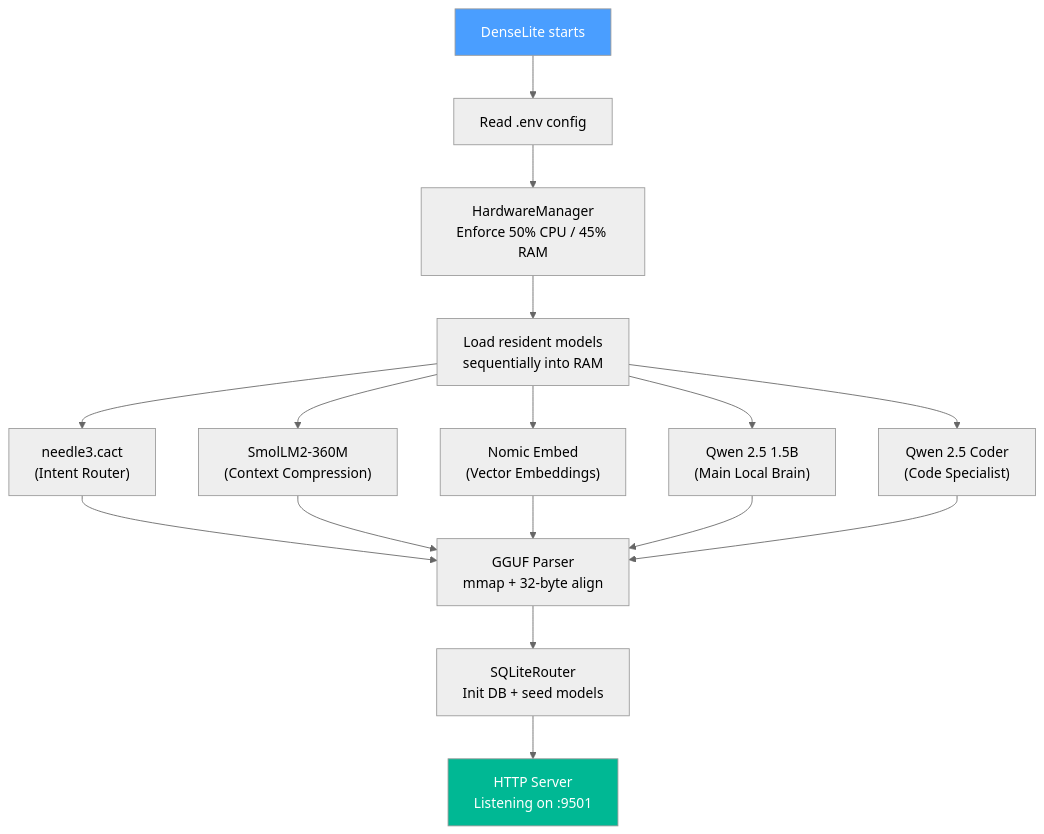
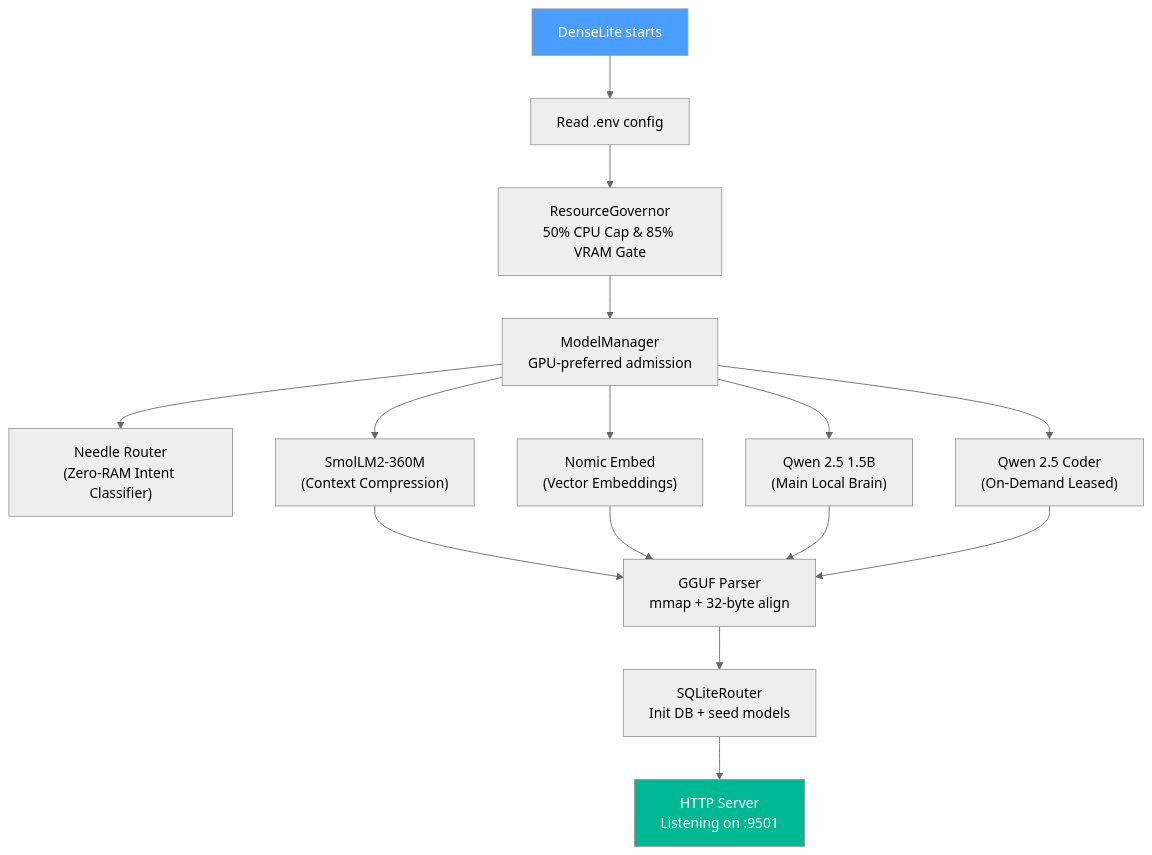
One commit to ahtesham-clcbws/DenseLite changed the third of 4 diagrams in README.md. Above: the diagram before and after it, drawn with Mermaid (neutral theme). The commit also changed other lines of this file and 16 other files, not shown here.

````diff
--- a/README.md
+++ b/README.md
@@ -151,24 +156,23 @@
 ```mermaid
 flowchart TD
     A["DenseLite starts"] --> B["Read .env config"]
-    B --> C["HardwareManager<br/>Enforce 50% CPU / 45% RAM"]
-    C --> D["Load resident models<br/>sequentially into RAM"]
+    B --> C["ResourceGovernor<br/>50% CPU Cap & 85% VRAM Gate"]
+    C --> D["ModelManager<br/>GPU-preferred admission"]
 
-    D --> E["needle3.cact<br/>(Intent Router)"]
+    D --> E["Needle Router<br/>(Zero-RAM Intent Classifier)"]
     D --> F["SmolLM2-360M<br/>(Context Compression)"]
     D --> G["Nomic Embed<br/>(Vector Embeddings)"]
     D --> H["Qwen 2.5 1.5B<br/>(Main Local Brain)"]
-    D --> I["Qwen 2.5 Coder<br/>(Code Specialist)"]
+    D --> I["Qwen 2.5 Coder<br/>(On-Demand Leased)"]
 
-    E --> J["GGUF Parser<br/>mmap + 32-byte align"]
-    F --> J
+    F --> J["GGUF Parser<br/>mmap + 32-byte align"]
     G --> J
     H --> J
     I --> J
 
     J --> K["SQLiteRouter<br/>Init DB + seed models"]
     K --> L["HTTP Server<br/>Listening on :9501"]
 
     style A fill:#4a9eff,color:#fff
     style L fill:#00b894,color:#fff
 ```
````
